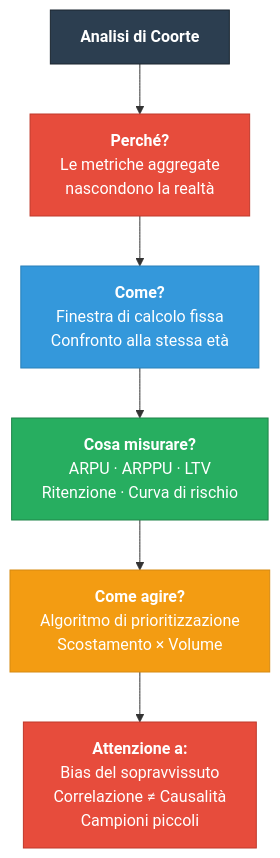
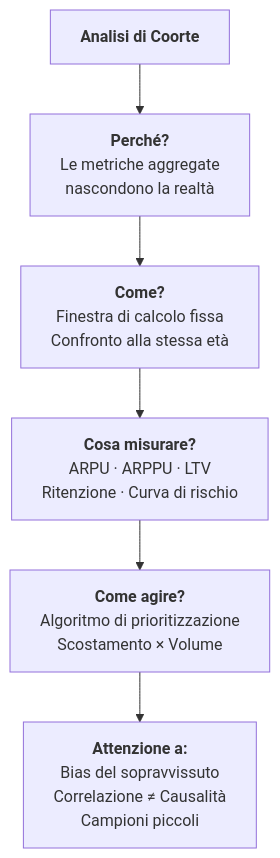
Before and after one commit to AndreyBertasini/gynnitech: diagram 12 of 12 in src/content/corso/analisi-prodotto/analisi-coorte.mdx, drawn with Mermaid. The commit also changed other lines of this file and 110 other files, not shown here.

First line of the commit message:
chore(content): optimize mermaid diagrams for mobile and dark theme

````diff
--- a/src/content/corso/analisi-prodotto/analisi-coorte.mdx
+++ b/src/content/corso/analisi-prodotto/analisi-coorte.mdx
@@ -400,14 +361,8 @@
 ```mermaid
-graph TD
+flowchart TD
     START["<b>Analisi di Coorte</b>"] --> WHY["<b>Perché?</b><br/>Le metriche aggregate<br/>nascondono la realtà"]
     WHY --> HOW["<b>Come?</b><br/>Finestra di calcolo fissa<br/>Confronto alla stessa età"]
     HOW --> WHAT["<b>Cosa misurare?</b><br/>ARPU · ARPPU · LTV<br/>Ritenzione · Curva di rischio"]
     WHAT --> ACTION["<b>Come agire?</b><br/>Algoritmo di prioritizzazione<br/>Scostamento × Volume"]
     ACTION --> WARN["<b>Attenzione a:</b><br/>Bias del sopravvissuto<br/>Correlazione ≠ Causalità<br/>Campioni piccoli"]
-    style START fill:#2c3e50,stroke:#1a252f,color:#fff
-    style WHY fill:#e74c3c,stroke:#c0392b,color:#fff
-    style HOW fill:#3498db,stroke:#2980b9,color:#fff
-    style WHAT fill:#27ae60,stroke:#1e8449,color:#fff
-    style ACTION fill:#f39c12,stroke:#d68910,color:#fff
-    style WARN fill:#e74c3c,stroke:#c0392b,color:#fff
 ```
````
